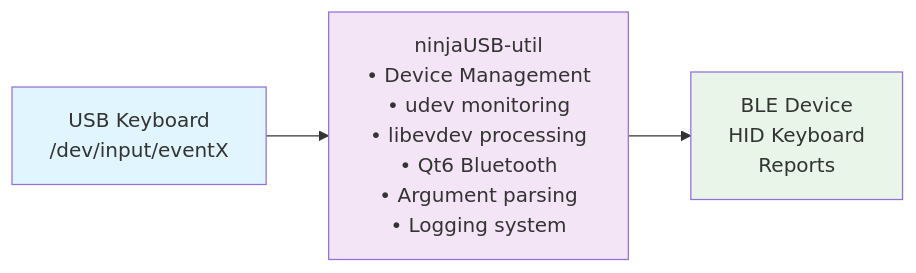
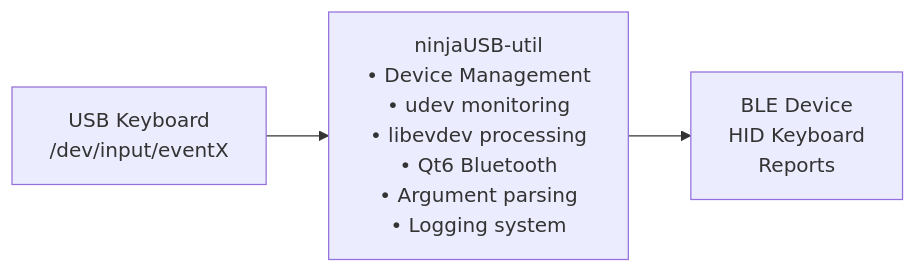
The first of 2 diagrams in doc/USER_GUIDE.md (mr-u0b0dy/ninjaUSB-util), drawn with Mermaid before and after one commit. The commit also changed 4 other files, not shown here.

````diff
--- a/doc/USER_GUIDE.md
+++ b/doc/USER_GUIDE.md
@@ -169,9 +169,5 @@
 ```mermaid
 flowchart LR
     A[USB Keyboard<br/>/dev/input/eventX] --> B[ninjaUSB-util<br/>• Device Management<br/>• udev monitoring<br/>• libevdev processing<br/>• Qt6 Bluetooth<br/>• Argument parsing<br/>• Logging system]
     B --> C[BLE Device<br/>HID Keyboard<br/>Reports]
-
-    style A fill:#e1f5fe
-    style B fill:#f3e5f5
-    style C fill:#e8f5e8
 ```
````
